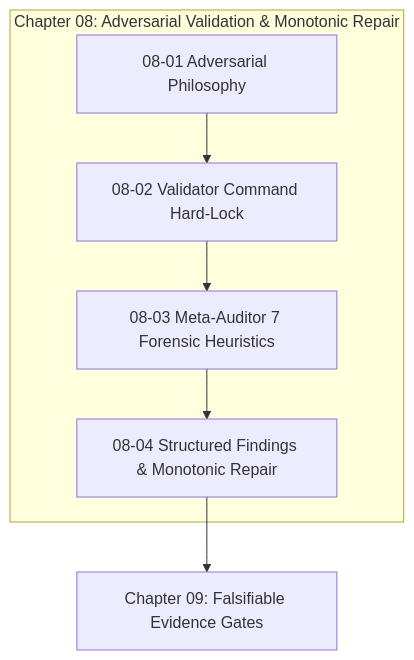
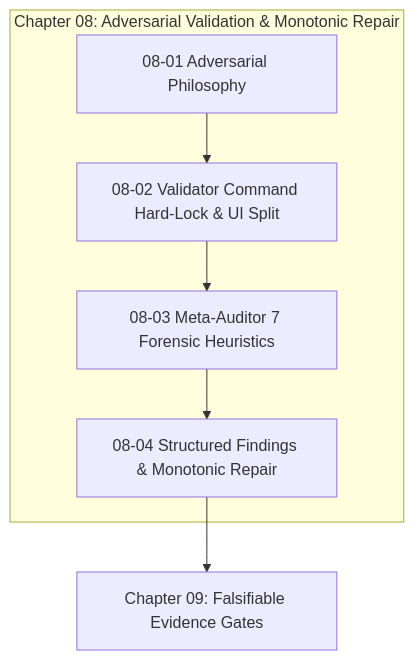
Before and after one commit to onurseckin/skills: the diagram in docs/olt/architecture/08-adversarial-validation-repair/index.md, drawn with Mermaid. The commit also changed other lines of this file and 115 other files, not shown here.

````diff
--- a/docs/olt/architecture/08-adversarial-validation-repair/index.md
+++ b/docs/olt/architecture/08-adversarial-validation-repair/index.md
@@ -125,9 +126,9 @@
 ```mermaid
 graph TD
     subgraph Chapter08 ["Chapter 08: Adversarial Validation & Monotonic Repair"]
-        A[08-01 Adversarial Philosophy] --> B[08-02 Validator Command Hard-Lock]
-        B --> C[08-03 Meta-Auditor 7 Forensic Heuristics]
-        C --> D[08-04 Structured Findings & Monotonic Repair]
+        A["08-01 Adversarial Philosophy"] --> B["08-02 Validator Command Hard-Lock & UI Split"]
+        B --> C["08-03 Meta-Auditor 7 Forensic Heuristics"]
+        C --> D["08-04 Structured Findings & Monotonic Repair"]
     end
     D --> E["Chapter 09: Falsifiable Evidence Gates"]
 ```
````
